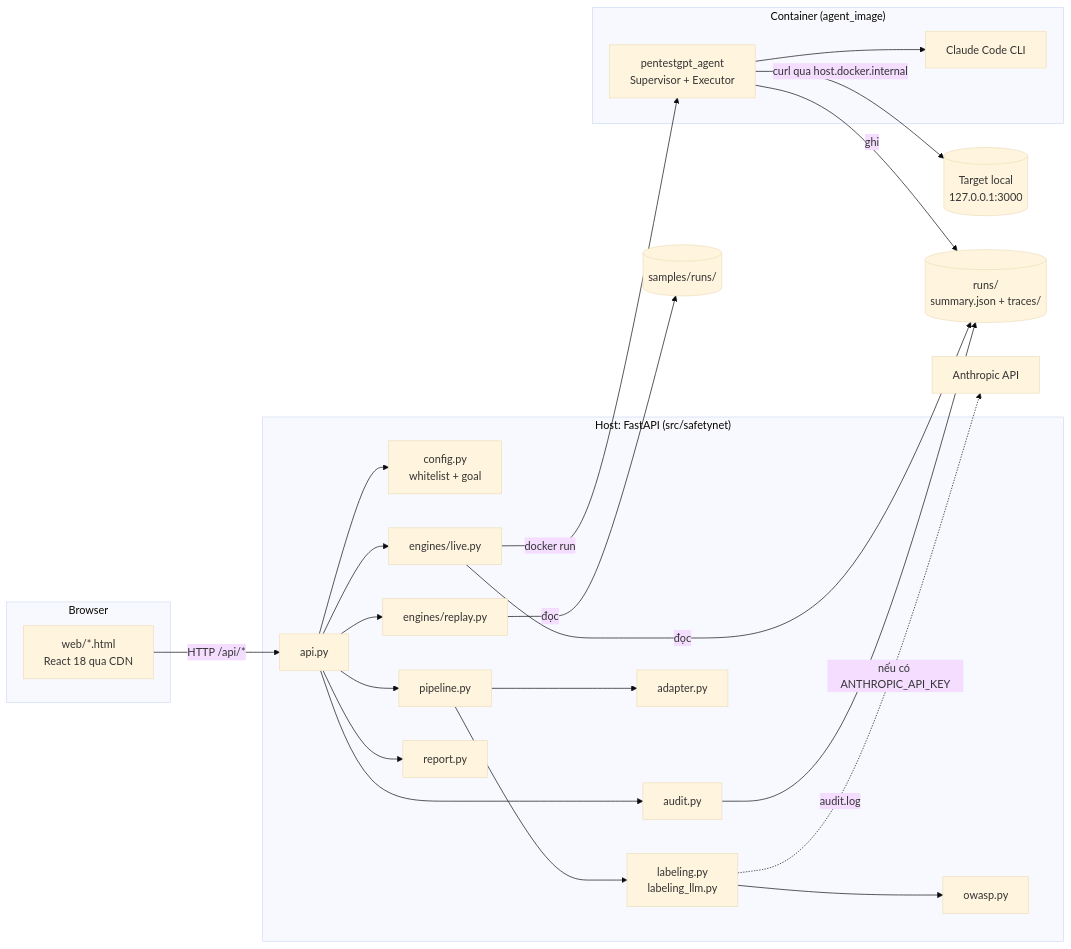
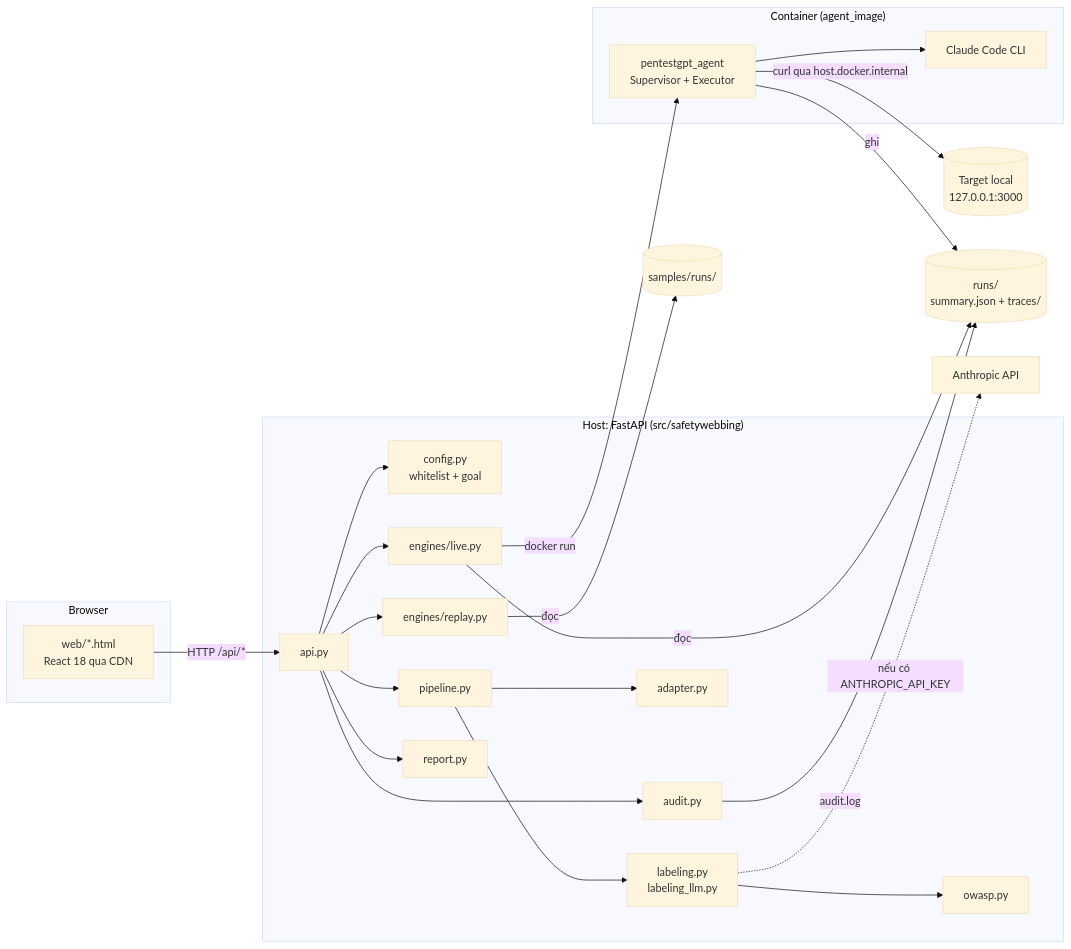
One commit to doodoocantread/SafetyNet changed the first of 5 diagrams in CODEMAP.md. Above: the diagram before and after it, drawn with Mermaid (base theme). The commit also changed other lines of this file and 62 other files, not shown here.

````diff
--- a/CODEMAP.md
+++ b/CODEMAP.md
@@ -82,48 +82,48 @@
 ```mermaid
 flowchart LR
     subgraph Browser
         UI["web/*.html<br/>React 18 qua CDN"]
     end
 
-    subgraph Host["Host: FastAPI (src/safetynet)"]
+    subgraph Host["Host: FastAPI (src/safetywebbing)"]
         API["api.py"]
         CFG["config.py<br/>whitelist + goal"]
         AUD["audit.py"]
         LIVE["engines/live.py"]
         REPLAY["engines/replay.py"]
         PIPE["pipeline.py"]
         ADP["adapter.py"]
         LAB["labeling.py<br/>labeling_llm.py"]
         OW["owasp.py"]
         RPT["report.py"]
     end
 
     subgraph Docker["Container (agent_image)"]
         AG["pentestgpt_agent<br/>Supervisor + Executor"]
         CLI["Claude Code CLI"]
     end
 
     TARGET[("Target local<br/>127.0.0.1:3000")]
     RUNS[("runs/<br/>summary.json + traces/")]
     SAMPLES[("samples/runs/")]
     ANTH["Anthropic API"]
 
     UI -->|"HTTP /api/*"| API
     API --> CFG
     API --> AUD
     API --> LIVE
     API --> REPLAY
     API --> PIPE
     API --> RPT
     LIVE -->|"docker run"| AG
     AG --> CLI
     AG -->|"curl qua host.docker.internal"| TARGET
     AG -->|"ghi"| RUNS
     LIVE -->|"đọc"| RUNS
     REPLAY -->|"đọc"| SAMPLES
     PIPE --> ADP
     PIPE --> LAB
     LAB --> OW
     LAB -.->|"nếu có ANTHROPIC_API_KEY"| ANTH
     AUD -->|"audit.log"| RUNS
 ```
````
